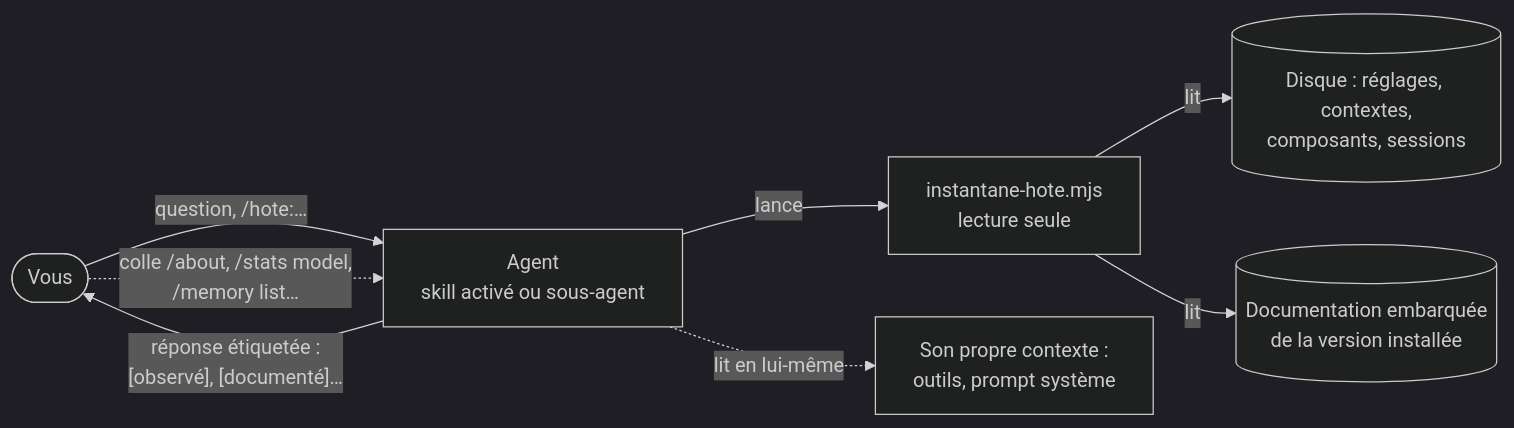
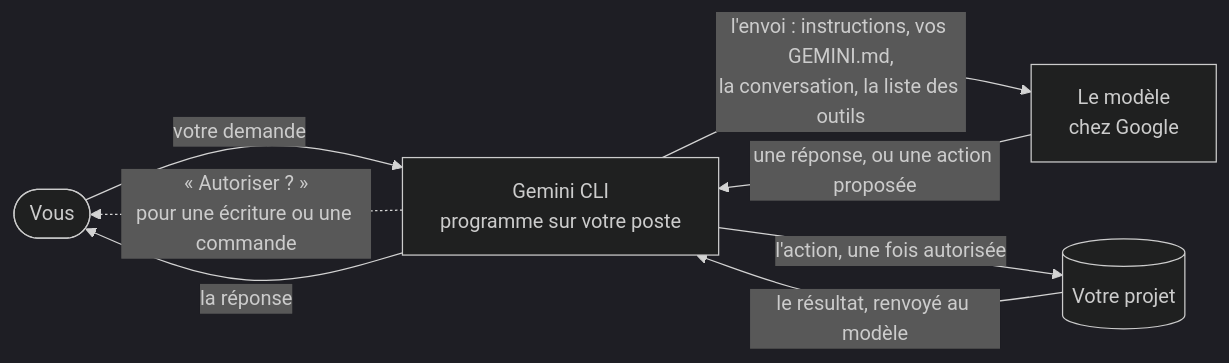
The diagram in docs/explication-hote-ia/mode-emploi.md (FredGarcia/Agent2Prompt), drawn with Mermaid (dark theme) before and after one commit. The commit also changed other lines of this file and 16 other files, not shown here.

````diff
--- a/docs/explication-hote-ia/mode-emploi.md
+++ b/docs/explication-hote-ia/mode-emploi.md
@@ -12,10 +15,10 @@
 ```mermaid
 flowchart LR
-  DEV(["Vous"]) -->|"question, /hote:…"| AG["Agent<br/>skill activé ou sous-agent"]
-  AG -->|"lance"| SC["instantane-hote.mjs<br/>lecture seule"]
-  SC -->|"lit"| DISK[("Disque : réglages, contextes,<br/>composants, sessions")]
-  SC -->|"lit"| DOC[("Documentation embarquée<br/>de la version installée")]
-  AG -.->|"lit en lui-même"| SELF["Son propre contexte :<br/>outils, prompt système"]
-  AG -->|"réponse étiquetée :<br/>[observé], [documenté]…"| DEV
-  DEV -.->|"colle /about, /stats model,<br/>/memory list…"| AG
+  V(["Vous"]) -->|"votre demande"| G["Gemini CLI<br/>programme sur votre poste"]
+  G -->|"l'envoi : instructions, vos GEMINI.md,<br/>la conversation, la liste des outils"| M["Le modèle<br/>chez Google"]
+  M -->|"une réponse, ou une action proposée"| G
+  G -.->|"« Autoriser ? »<br/>pour une écriture ou une commande"| V
+  G -->|"l'action, une fois autorisée"| P[("Votre projet")]
+  P -->|"le résultat, renvoyé au modèle"| G
+  G -->|"la réponse"| V
 ```
````
